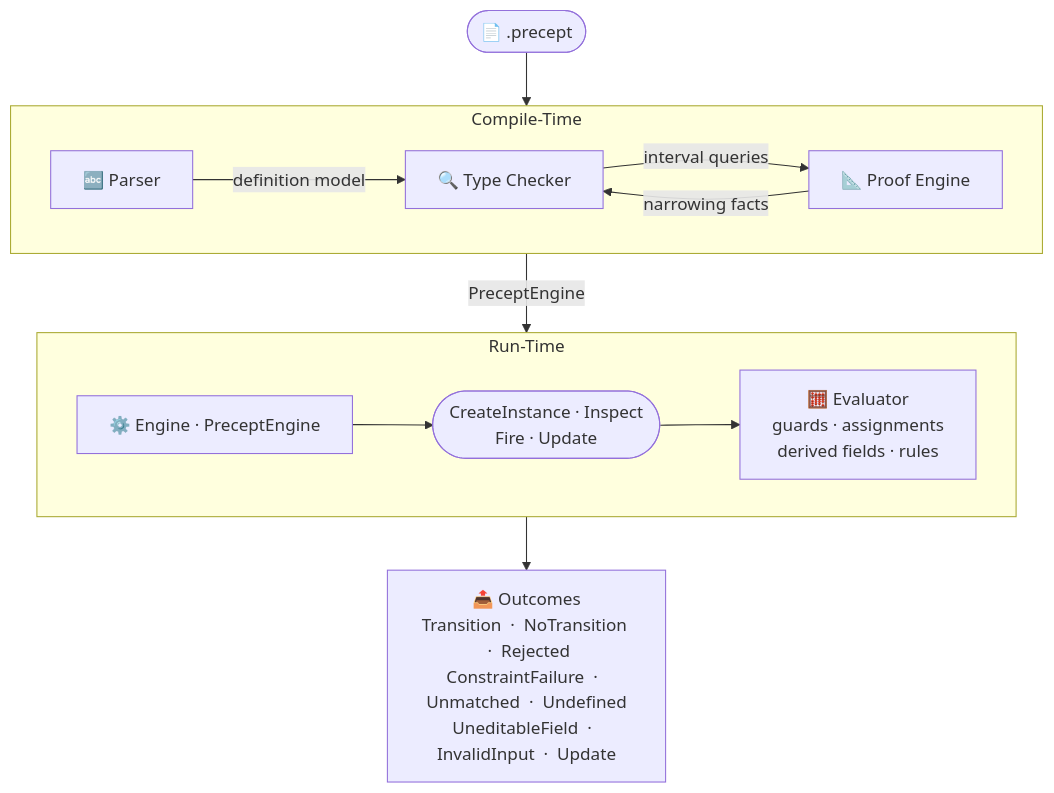
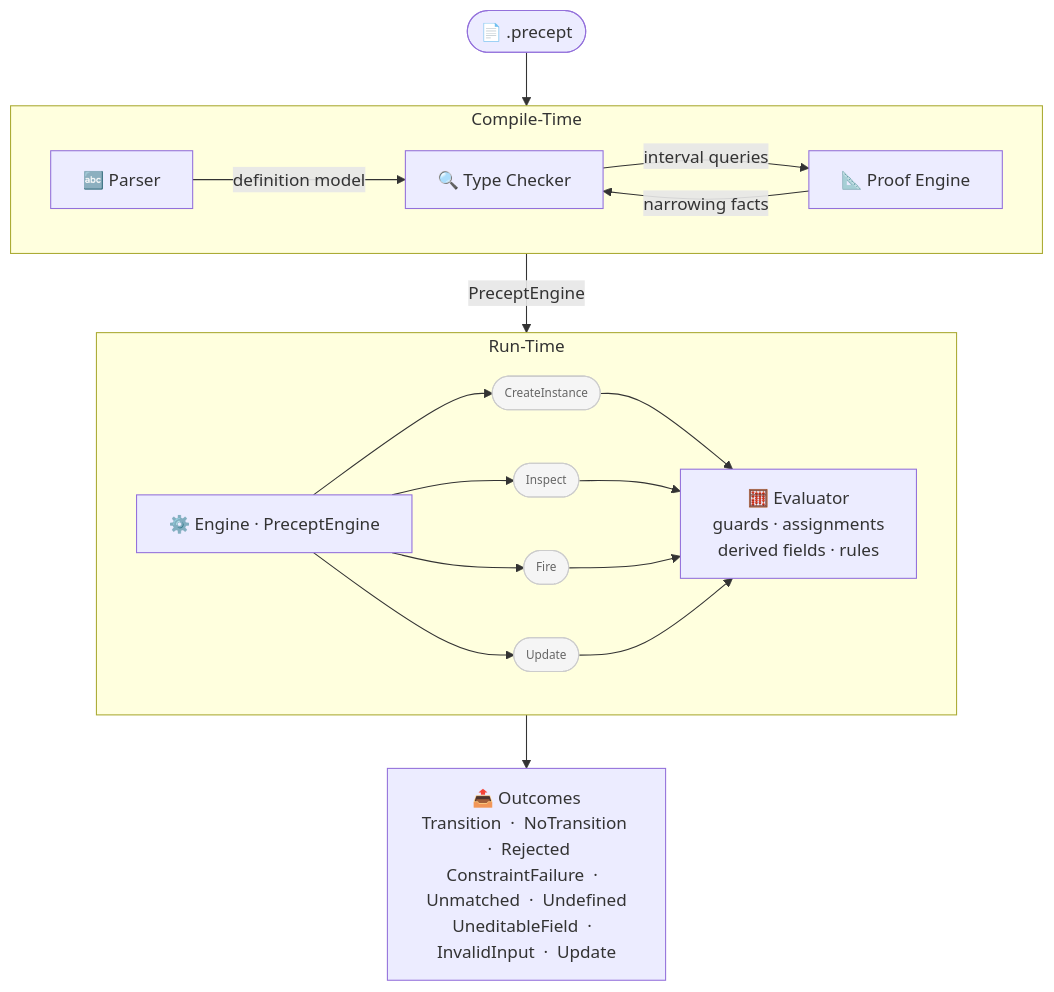
One commit to sfalik/Precept changed the diagram in docs/ArchitectureDesign.md. Above: the diagram before and after it, drawn with Mermaid.

Commit message:
docs: restore separate operation nodes, de-emphasize with classDef op style

````diff
--- a/docs/ArchitectureDesign.md
+++ b/docs/ArchitectureDesign.md
@@ -21,23 +21,35 @@
 ```mermaid
 flowchart TD
     src(["📄 .precept"])
 
     subgraph CT["Compile-Time"]
         P["🔤 Parser"] -->|definition model| TC["🔍 Type Checker"]
         TC -->|interval queries| PE["📐 Proof Engine"]
         PE -->|narrowing facts| TC
     end
 
     subgraph RT["Run-Time"]
         ENG["⚙️ Engine  ·  PreceptEngine"]
-        OPS(["CreateInstance · Inspect\nFire · Update"])
+        I1(["CreateInstance"]):::op
+        I2(["Inspect"]):::op
+        FIRE(["Fire"]):::op
+        UPD(["Update"]):::op
         EVAL["🧮 Evaluator\nguards · assignments\nderived fields · rules"]
-        ENG --> OPS --> EVAL
+        ENG --> I1
+        ENG --> I2
+        ENG --> FIRE
+        ENG --> UPD
+        I1 --> EVAL
+        I2 --> EVAL
+        FIRE --> EVAL
+        UPD --> EVAL
     end
 
     OUT["📤 Outcomes\nTransition  ·  NoTransition  ·  Rejected\nConstraintFailure  ·  Unmatched  ·  Undefined\nUneditableField  ·  InvalidInput  ·  Update"]
 
     src --> CT
     CT -->|PreceptEngine| RT
     RT --> OUT
+
+    classDef op font-size:11px,fill:#f5f5f5,stroke:#ccc,color:#666
 ```
````
